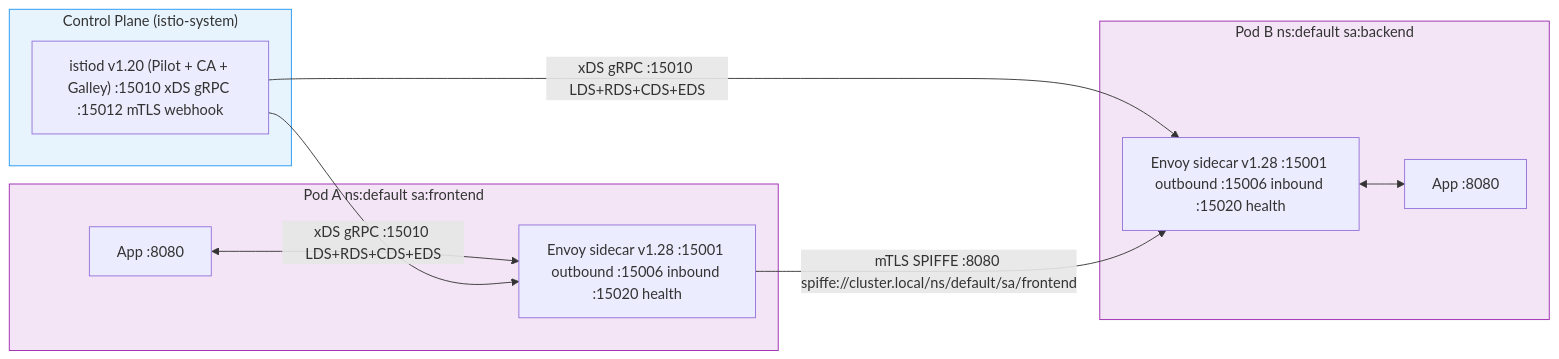
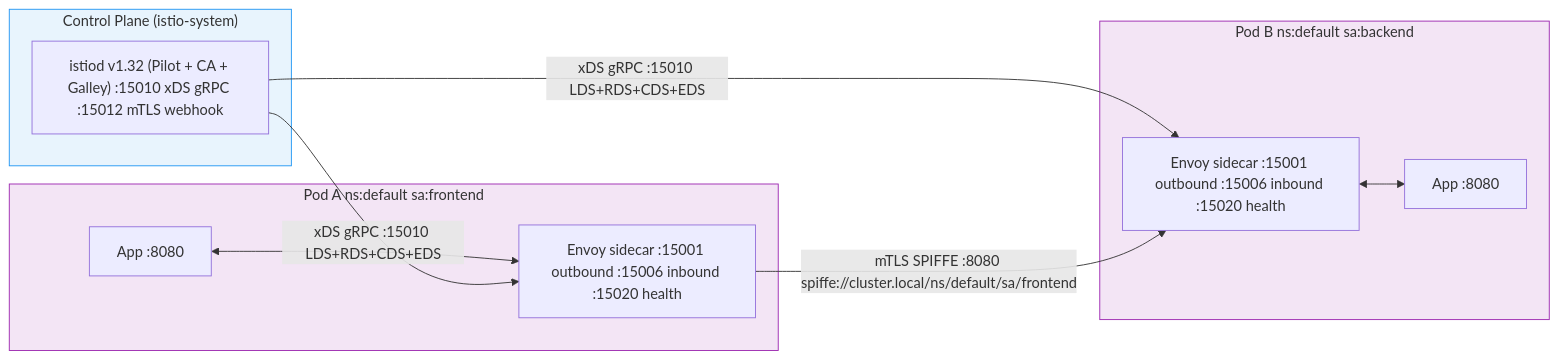
Before and after one commit to MykolaLebid/Kubernetes_networking_engineering: the first of 3 diagrams in lessons/21-service-mesh-istio.md, drawn with Mermaid. The commit also changed 19 other files, not shown here.

````diff
--- a/lessons/21-service-mesh-istio.md
+++ b/lessons/21-service-mesh-istio.md
@@ -18,26 +18,26 @@
 ```mermaid
 flowchart LR
     subgraph ClusterControl["Control Plane (istio-system)"]
-        istiod["istiod v1.20 (Pilot + CA + Galley) :15010 xDS gRPC :15012 mTLS webhook"]
+        istiod["istiod v1.32 (Pilot + CA + Galley) :15010 xDS gRPC :15012 mTLS webhook"]
     end
 
     subgraph PodA["Pod A ns:default sa:frontend"]
         appA["App :8080"]
-        envoyA["Envoy sidecar v1.28 :15001 outbound :15006 inbound :15020 health"]
+        envoyA["Envoy sidecar :15001 outbound :15006 inbound :15020 health"]
         appA <--> envoyA
     end
 
     subgraph PodB["Pod B ns:default sa:backend"]
         appB["App :8080"]
-        envoyB["Envoy sidecar v1.28 :15001 outbound :15006 inbound :15020 health"]
+        envoyB["Envoy sidecar :15001 outbound :15006 inbound :15020 health"]
         envoyB <--> appB
     end
 
     istiod --"xDS gRPC :15010 LDS+RDS+CDS+EDS"--> envoyA
     istiod --"xDS gRPC :15010 LDS+RDS+CDS+EDS"--> envoyB
     envoyA --"mTLS SPIFFE :8080 spiffe://cluster.local/ns/default/sa/frontend"--> envoyB
 
     style ClusterControl fill:#e8f4fd,stroke:#2196F3
     style PodA fill:#f3e5f5,stroke:#9C27B0
     style PodB fill:#f3e5f5,stroke:#9C27B0
 ```
````
